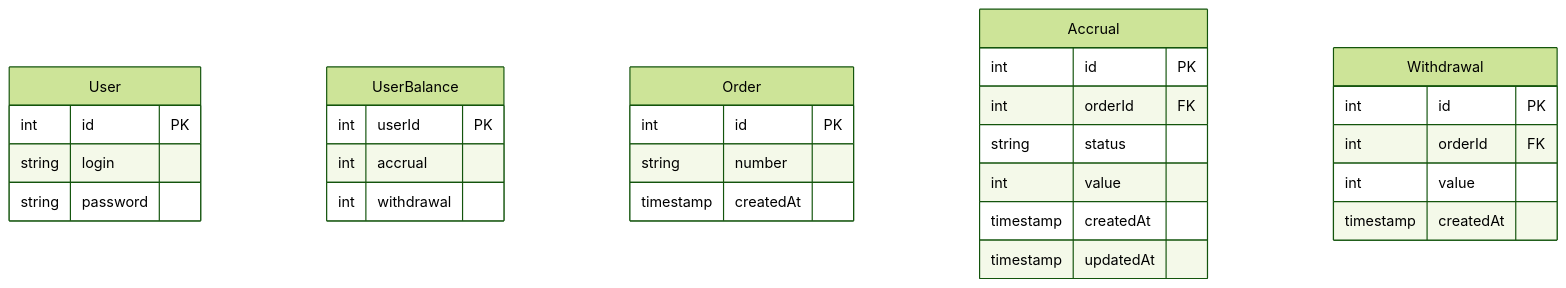
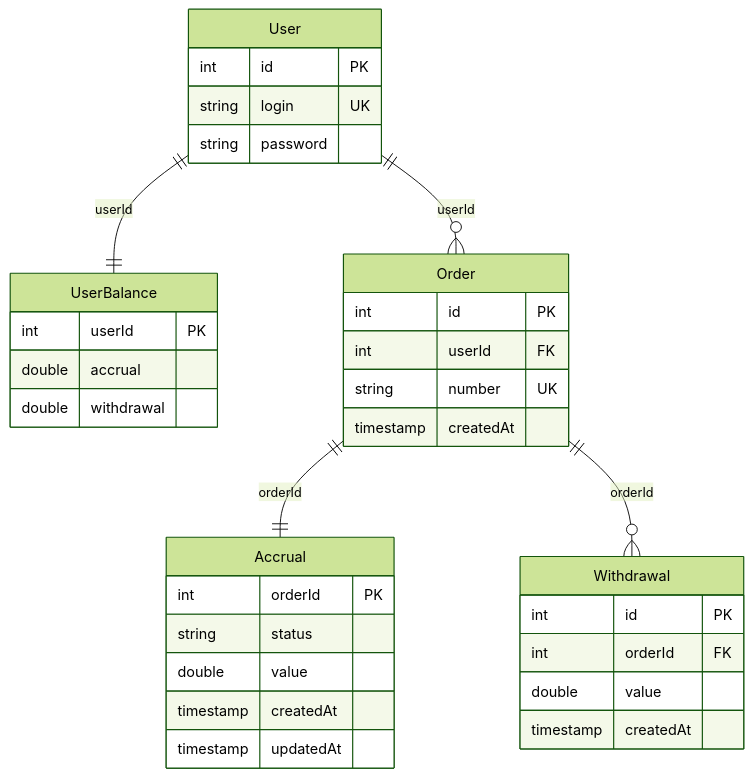
The first of 3 diagrams in README.md (dcwk/gophermart), drawn with Mermaid (forest theme) before and after one commit. The commit also changed other lines of this file and 1 other file, not shown here.

Commit message:
Доработал диаграммы

````diff
--- a/README.md
+++ b/README.md
@@ -4,36 +6,41 @@
 ```mermaid
 erDiagram
+User ||--|| UserBalance: userId
+User ||--o{ Order: userId
+Order ||--|| Accrual: orderId
+Order ||--o{ Withdrawal: orderId
+
 User {
     int id PK
-    string login
+    string login UK
     string password
 }
 
 UserBalance {
     int userId PK
-    int accrual
-    int withdrawal
+    double accrual
+    double withdrawal
 }
 
 Order {
     int id PK
-    string number
+    int userId FK
+    string number UK
     timestamp createdAt 
 }
 
 Accrual {
-    int id PK
-    int orderId FK
+    int orderId PK
     string status
-    int value
+    double value
     timestamp createdAt
     timestamp updatedAt
 }
 
 Withdrawal {
     int id PK
     int orderId FK
-    int value
+    double value
     timestamp createdAt
 }
 ```
````
